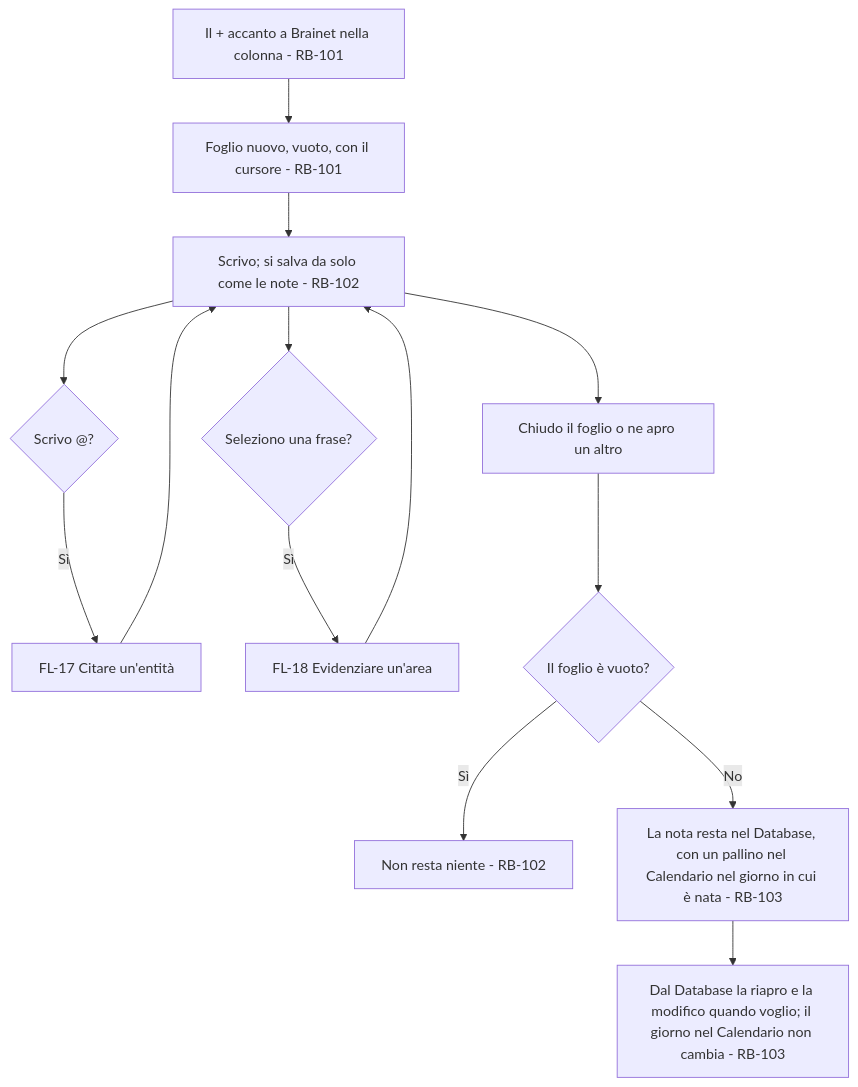
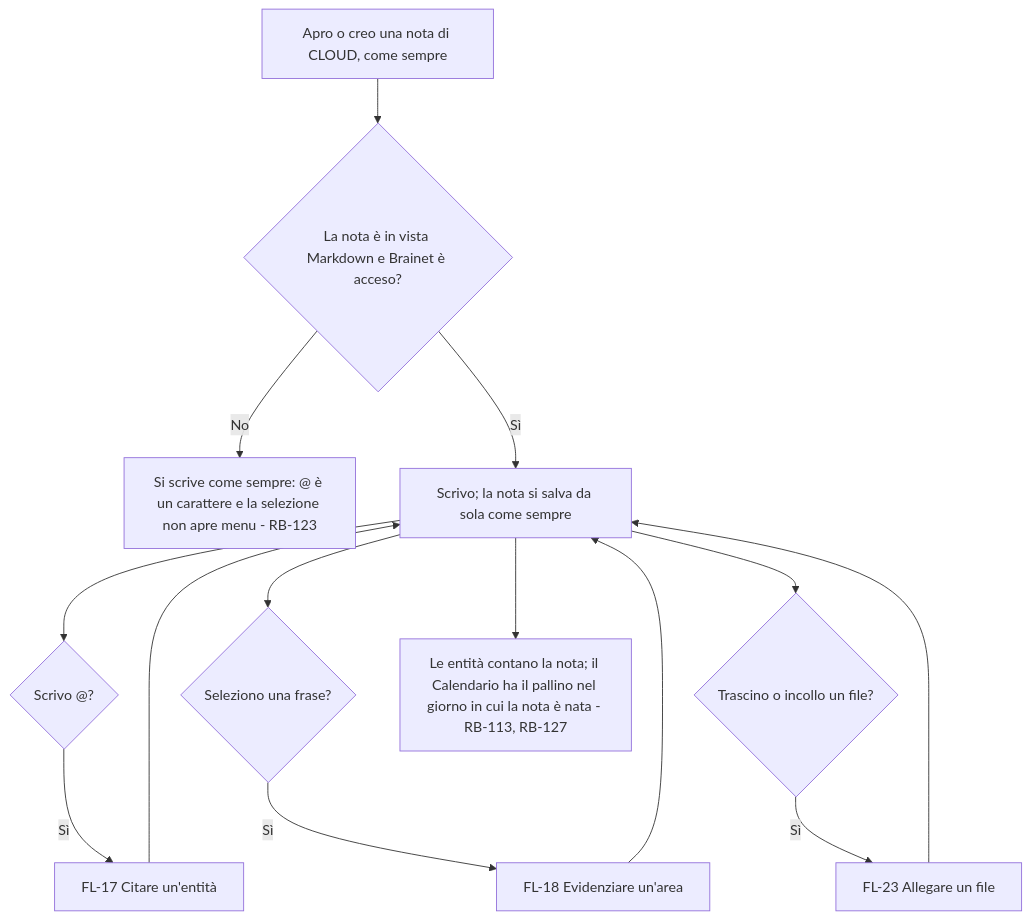
The first of 11 diagrams in docs/moduli/net/2-flussi.md (Helmutsti/MemoDu), drawn with Mermaid before and after one commit. The commit also changed other lines of this file and 84 other files, not shown here.

First line of the commit message:
RF-18 DEC-145 DEC-146: Brainet dentro le note di CLOUD

````diff
--- a/docs/moduli/net/2-flussi.md
+++ b/docs/moduli/net/2-flussi.md
@@ -8,16 +8,16 @@
 ```mermaid
 flowchart TD
-    A[Il + accanto a Brainet nella colonna - RB-101] --> B[Foglio nuovo, vuoto, con il cursore - RB-101]
-    B --> C[Scrivo; si salva da solo come le note - RB-102]
-    C --> D{Scrivo @?}
-    D -- Sì --> E[FL-17 Citare un'entità]
-    E --> C
-    C --> F{Seleziono una frase?}
-    F -- Sì --> G[FL-18 Evidenziare un'area]
-    G --> C
-    C --> H[Chiudo il foglio o ne apro un altro]
-    H --> I{Il foglio è vuoto?}
-    I -- Sì --> J[Non resta niente - RB-102]
-    I -- No --> K[La nota resta nel Database, con un pallino nel Calendario nel giorno in cui è nata - RB-103]
-    K --> L[Dal Database la riapro e la modifico quando voglio; il giorno nel Calendario non cambia - RB-103]
+    A[Apro o creo una nota di CLOUD, come sempre] --> B{La nota è in vista Markdown e Brainet è acceso?}
+    B -- No --> C[Si scrive come sempre: @ è un carattere e la selezione non apre menu - RB-123]
+    B -- Sì --> D[Scrivo; la nota si salva da sola come sempre]
+    D --> E{Scrivo @?}
+    E -- Sì --> F[FL-17 Citare un'entità]
+    F --> D
+    D --> G{Seleziono una frase?}
+    G -- Sì --> H[FL-18 Evidenziare un'area]
+    H --> D
+    D --> I{Trascino o incollo un file?}
+    I -- Sì --> J[FL-23 Allegare un file]
+    J --> D
+    D --> K[Le entità contano la nota; il Calendario ha il pallino nel giorno in cui la nota è nata - RB-113, RB-127]
 ```
````
